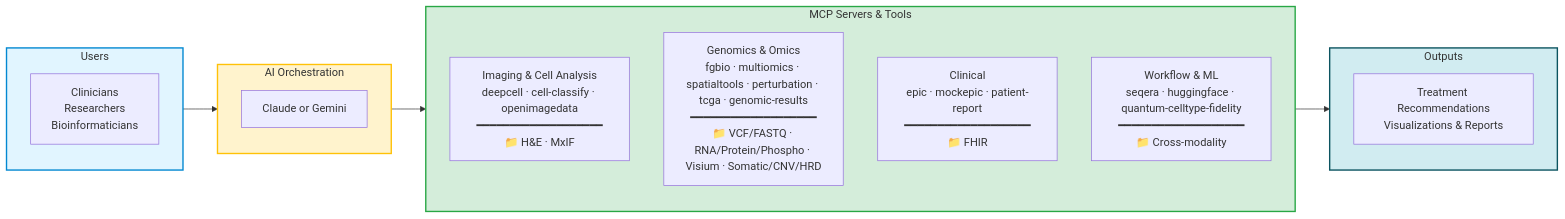
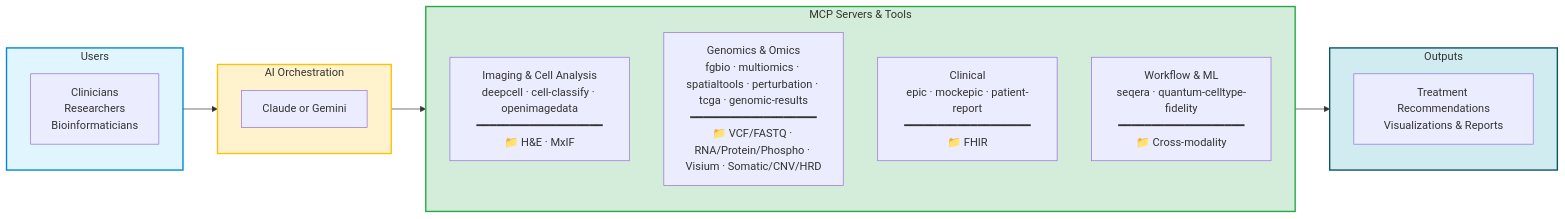
The diagram in docs/for-funders/EXECUTIVE_SUMMARY.md (raymond301/precision-medicine-mcp), drawn with Mermaid before and after one commit. The commit also changed 55 other files, not shown here.

````diff
--- a/docs/for-funders/EXECUTIVE_SUMMARY.md
+++ b/docs/for-funders/EXECUTIVE_SUMMARY.md
@@ -13,31 +13,31 @@
 ```mermaid
 graph LR
     subgraph Users["Users"]
         U[Clinicians<br/>Researchers<br/>Bioinformaticians]
     end
 
     subgraph AI["AI Orchestration"]
         LLM[Claude or Gemini]
     end
 
     subgraph Servers["MCP Servers & Tools"]
         direction TB
         IMAGING["Imaging & Cell Analysis<br/>deepcell · cell-classify · openimagedata<br/>━━━━━━━━━━━━━━━━━━━<br/>📁 H&E · MxIF"]
         GENOMICS["Genomics & Omics<br/>fgbio · multiomics · spatialtools · perturbation · tcga · genomic-results<br/>━━━━━━━━━━━━━━━━━━━<br/>📁 VCF/FASTQ · RNA/Protein/Phospho · Visium · Somatic/CNV/HRD"]
         CLINICAL["Clinical<br/>epic · mockepic · patient-report<br/>━━━━━━━━━━━━━━━━━━━<br/>📁 FHIR"]
-        WORKFLOW["Workflow & ML<br/>seqera · huggingface · quantum-celltype-fidelity<br/>━━━━━━━━━━━━━━━━━━━<br/>📁 Cross-modality"]
+        WORKFLOW["Workflow & ML<br/>seqera · quantum-celltype-fidelity<br/>━━━━━━━━━━━━━━━━━━━<br/>📁 Cross-modality"]
     end
 
     subgraph Output["Outputs"]
         O[Treatment Recommendations<br/>Visualizations & Reports]
     end
 
     Users --> AI
     AI --> Servers
     Servers --> Output
 
     style Users fill:#e1f5ff,stroke:#0288d1,stroke-width:2px
     style AI fill:#fff3cd,stroke:#ffc107,stroke-width:2px
     style Servers fill:#d4edda,stroke:#28a745,stroke-width:2px
     style Output fill:#d1ecf1,stroke:#0c5460,stroke-width:2px
 ```
````
